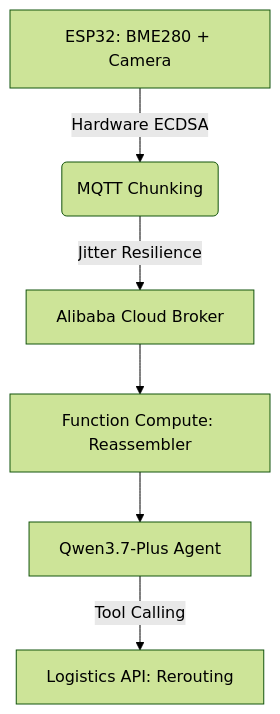
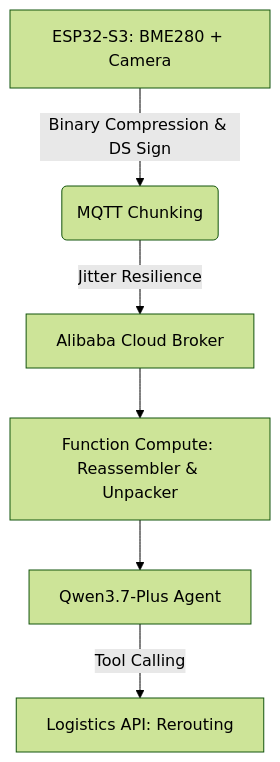
Before and after one commit to seeramsujay/hardware-qwen: the diagram in README.md, drawn with Mermaid (forest theme). The commit also changed other lines of this file and 3 other files, not shown here.

Commit message:
feat: add team work-split roadmap and update firmware provisioning documentation for ESP32-S3 hardware

````diff
--- a/README.md
+++ b/README.md
@@ -38,8 +39,8 @@
 ```mermaid
 graph TD
-    A[ESP32: BME280 + Camera] -->|Hardware ECDSA| B(MQTT Chunking)
+    A[ESP32-S3: BME280 + Camera] -->|Binary Compression & DS Sign| B(MQTT Chunking)
     B -->|Jitter Resilience| C[Alibaba Cloud Broker]
-    C --> D[Function Compute: Reassembler]
+    C --> D[Function Compute: Reassembler & Unpacker]
     D --> E[Qwen3.7-Plus Agent]
     E -->|Tool Calling| F[Logistics API: Rerouting]
 ```
````
